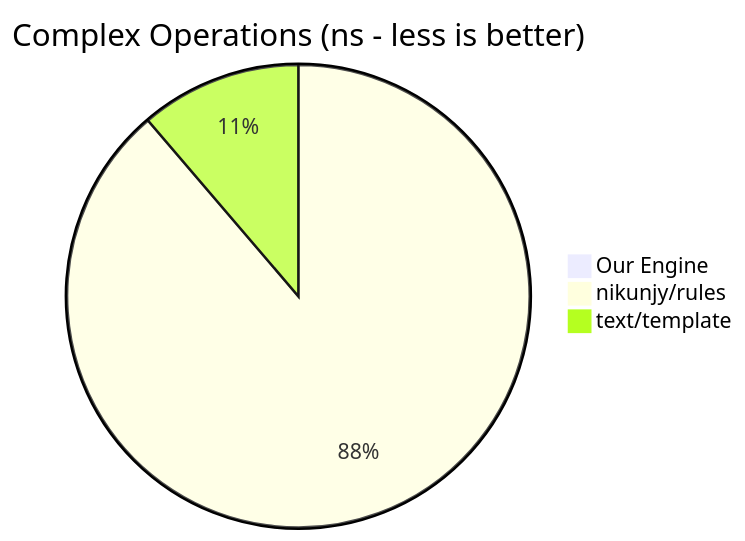
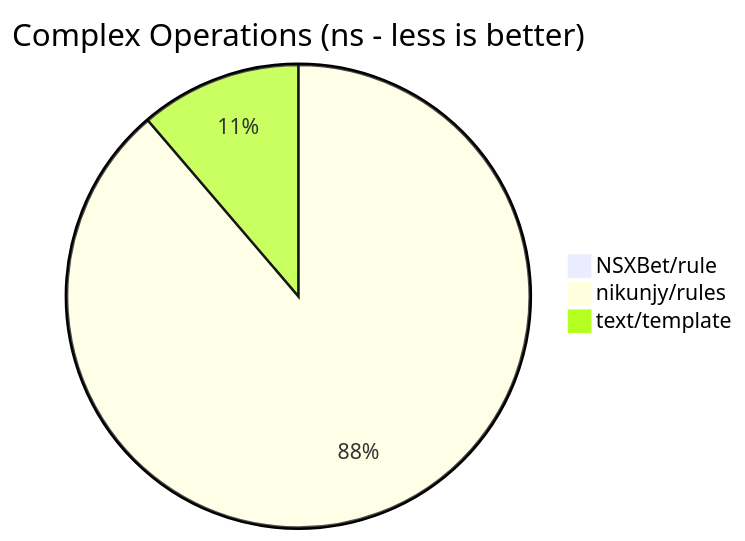
The second of 6 diagrams in README.md (NSXBet/rule), drawn with Mermaid before and after one commit. The commit also changed other lines of this file, not shown here.

````diff
--- a/README.md
+++ b/README.md
@@ -470,6 +470,6 @@
 ```mermaid
 pie title Complex Operations (ns - less is better)
-    "Our Engine" : 68.40
+    "NSXBet/rule" : 68.40
     "nikunjy/rules" : 9588
     "text/template" : 1217
 ```
````
